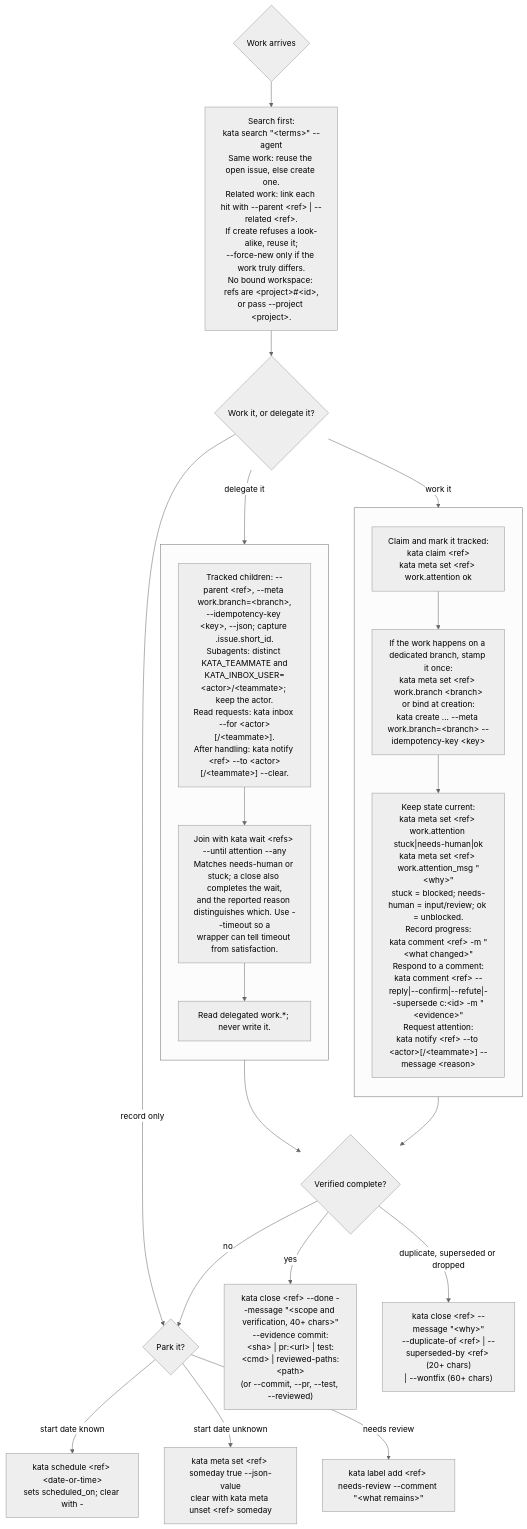
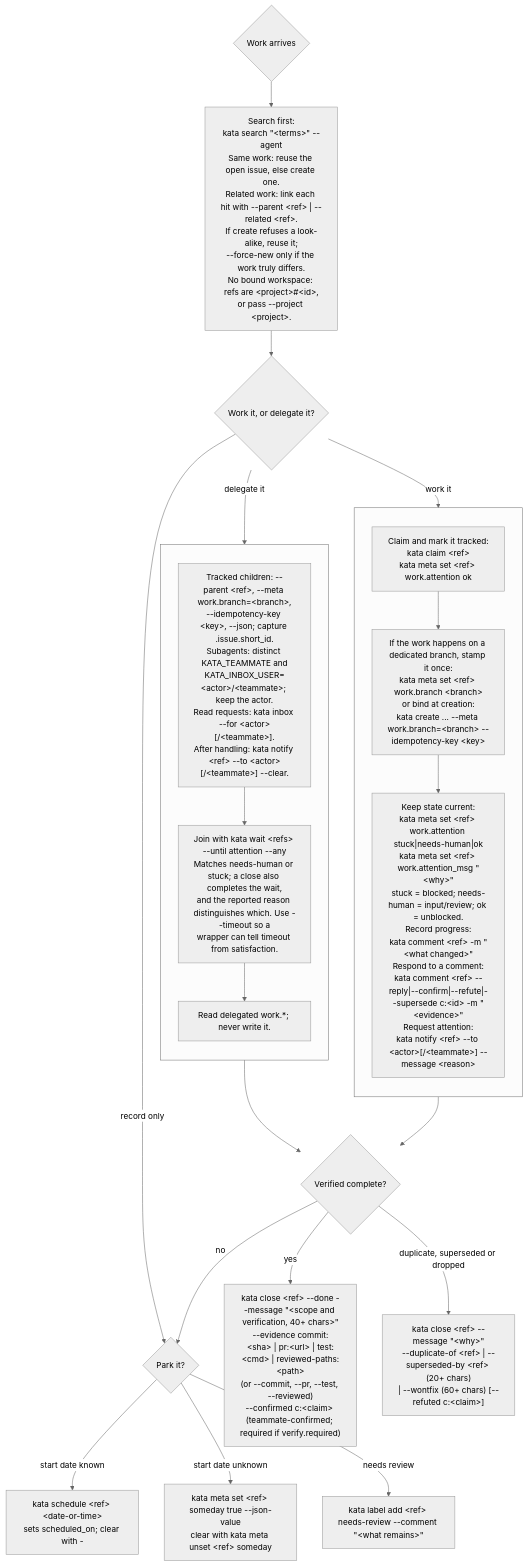
One commit to kenn-io/kata changed the diagram in README.md. Above: the diagram before and after it, drawn with Mermaid (neutral theme). The commit also changed 12 other files, not shown here.

````diff
--- a/README.md
+++ b/README.md
@@ -84,35 +84,35 @@
 ```mermaid
 flowchart TB
   arrive{"Work arrives"} --> search["Search first:<br/>kata search #34;#60;terms#62;#34; --agent<br/>Same work: reuse the open issue, else create one.<br/>Related work: link each hit with --parent #60;ref#62; #124; --related #60;ref#62;.<br/>If create refuses a look-alike, reuse it;<br/>--force-new only if the work truly differs.<br/>No bound workspace: refs are #60;project#62;##60;id#62;,<br/>or pass --project #60;project#62;."]
   search --> route{"Work it, or delegate it?"}
 
   subgraph workside[" "]
     direction TB
     claim["Claim and mark it tracked:<br/>kata claim #60;ref#62;<br/>kata meta set #60;ref#62; work.attention ok"]
     branch["If the work happens on a dedicated branch, stamp it once:<br/>kata meta set #60;ref#62; work.branch #60;branch#62;<br/>or bind at creation:<br/>kata create ... --meta work.branch=#60;branch#62; --idempotency-key #60;key#62;"]
     live["Keep state current:<br/>kata meta set #60;ref#62; work.attention stuck#124;needs-human#124;ok<br/>kata meta set #60;ref#62; work.attention_msg #34;#60;why#62;#34;<br/>stuck = blocked; needs-human = input/review; ok = unblocked.<br/>Record progress:<br/>kata comment #60;ref#62; -m #34;#60;what changed#62;#34;<br/>Respond to a comment:<br/>kata comment #60;ref#62; --reply#124;--confirm#124;--refute#124;--supersede c:#60;id#62; -m #34;#60;evidence#62;#34;<br/>Request attention:<br/>kata notify #60;ref#62; --to #60;actor#62;[/#60;teammate#62;] --message #60;reason#62;"]
     claim --> branch --> live
   end
 
   subgraph delegateside[" "]
     direction TB
     fanout["Tracked children: --parent #60;ref#62;, --meta work.branch=#60;branch#62;,<br/>--idempotency-key #60;key#62;, --json; capture .issue.short_id.<br/>Subagents: distinct KATA_TEAMMATE and<br/>KATA_INBOX_USER=#60;actor#62;/#60;teammate#62;; keep the actor.<br/>Read requests: kata inbox --for #60;actor#62;[/#60;teammate#62;].<br/>After handling: kata notify #60;ref#62; --to #60;actor#62;[/#60;teammate#62;] --clear."]
     join["Join with kata wait #60;refs#62; --until attention --any<br/>Matches needs-human or stuck; a close also completes the wait,<br/>and the reported reason distinguishes which. Use --timeout so a<br/>wrapper can tell timeout from satisfaction."]
     coord["Read delegated work.*; never write it."]
     fanout --> join --> coord
   end
 
   route -->|work it| claim
   route -->|delegate it| fanout
   route -->|record only| park
   live --> done
   coord --> done
 
   done{"Verified complete?"}
-  done -->|yes| close["kata close #60;ref#62; --done --message #34;#60;scope and verification, 40+ chars#62;#34;<br/>--evidence commit:#60;sha#62; #124; pr:#60;url#62; #124; test:#60;cmd#62; #124; reviewed-paths:#60;path#62;<br/>(or --commit, --pr, --test, --reviewed)"]
-  done -->|duplicate, superseded or dropped| retire["kata close #60;ref#62; --message #34;#60;why#62;#34;<br/>--duplicate-of #60;ref#62; #124; --superseded-by #60;ref#62; (20+ chars)<br/>#124; --wontfix (60+ chars)"]
+  done -->|yes| close["kata close #60;ref#62; --done --message #34;#60;scope and verification, 40+ chars#62;#34;<br/>--evidence commit:#60;sha#62; #124; pr:#60;url#62; #124; test:#60;cmd#62; #124; reviewed-paths:#60;path#62;<br/>(or --commit, --pr, --test, --reviewed)<br/>--confirmed c:#60;claim#62; (teammate-confirmed; required if verify.required)"]
+  done -->|duplicate, superseded or dropped| retire["kata close #60;ref#62; --message #34;#60;why#62;#34;<br/>--duplicate-of #60;ref#62; #124; --superseded-by #60;ref#62; (20+ chars)<br/>#124; --wontfix (60+ chars) [--refuted c:#60;claim#62;]"]
   done -->|no| park{"Park it?"}
   park -->|start date known| schedule["kata schedule #60;ref#62; #60;date-or-time#62;<br/>sets scheduled_on; clear with -"]
   park -->|start date unknown| someday["kata meta set #60;ref#62; someday true --json-value<br/>clear with kata meta unset #60;ref#62; someday"]
   park -->|needs review| review["kata label add #60;ref#62; needs-review --comment #34;#60;what remains#62;#34;"]
 ```
````
